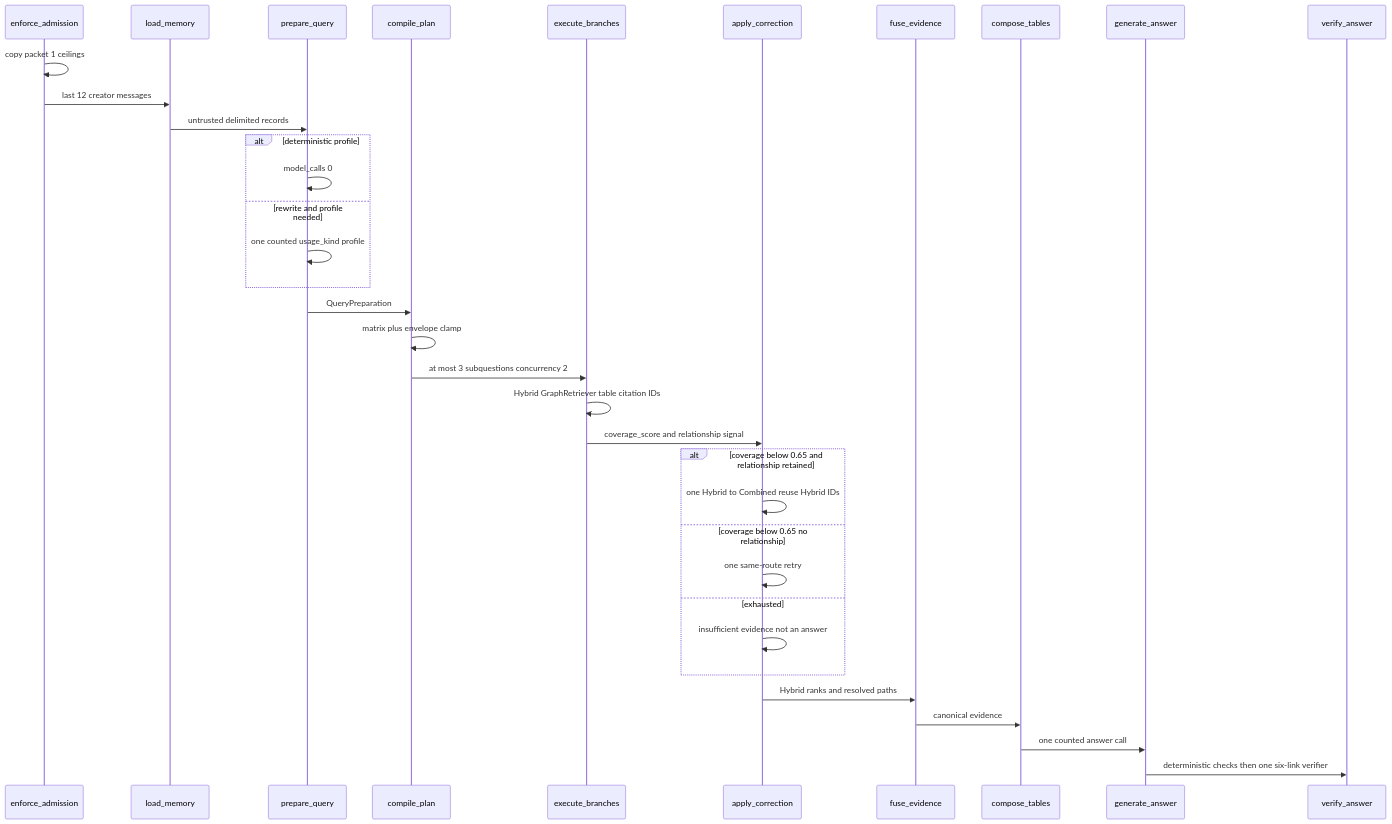
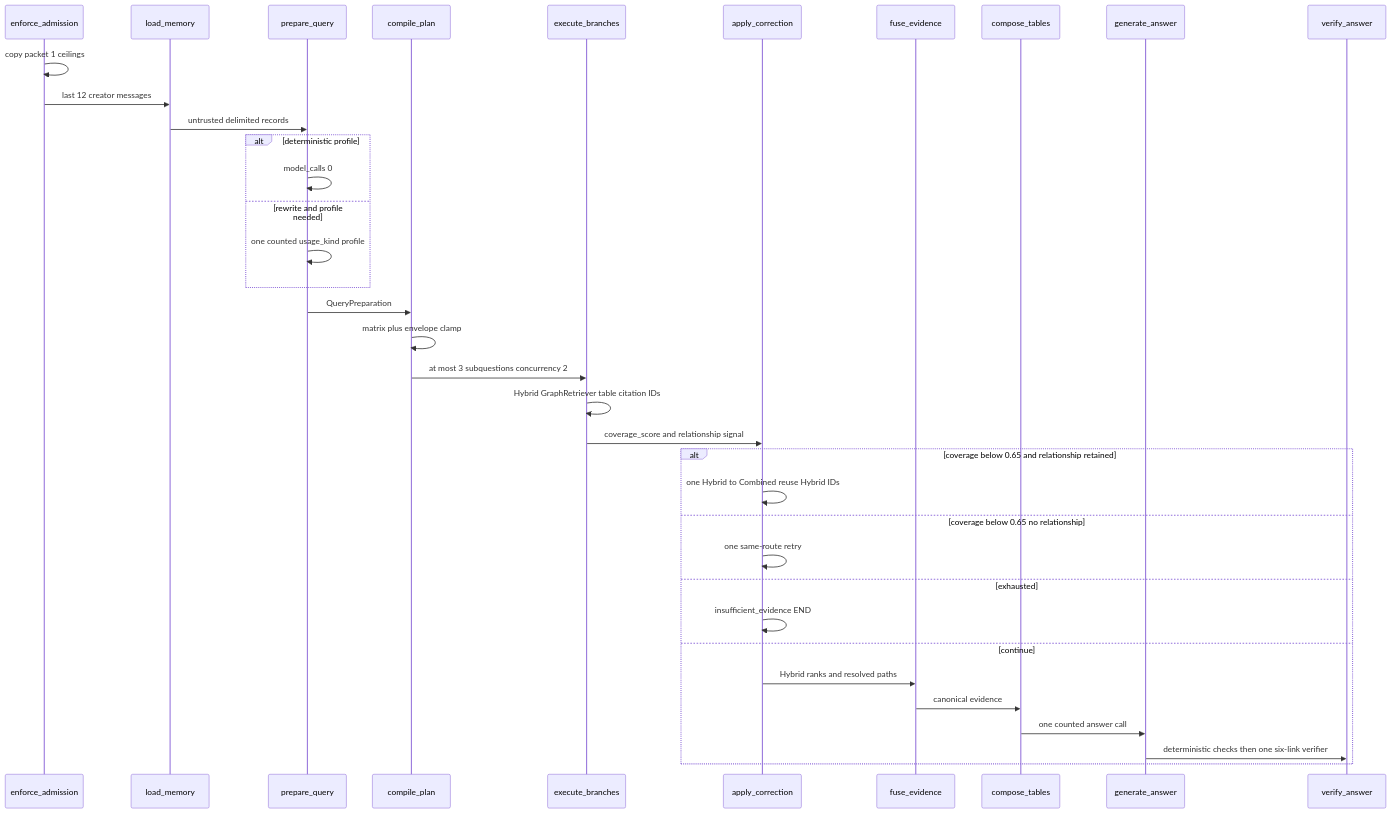
One commit to Nagdy8888/smart-rag changed the second of 2 diagrams in docs/agent/QUERY_ROUTING.md. Above: the diagram before and after it, drawn with Mermaid. The commit also changed other lines of this file and 245 other files, not shown here.

````diff
--- a/docs/agent/QUERY_ROUTING.md
+++ b/docs/agent/QUERY_ROUTING.md
@@ -108,38 +108,39 @@
 ```mermaid
 sequenceDiagram
   participant Admit as enforce_admission
   participant Mem as load_memory
   participant Prep as prepare_query
   participant Plan as compile_plan
   participant Br as execute_branches
   participant Corr as apply_correction
   participant Fuse as fuse_evidence
   participant Tables as compose_tables
   participant Ans as generate_answer
   participant Ver as verify_answer
 
   Admit->>Admit: copy packet 1 ceilings
   Admit->>Mem: last 12 creator messages
   Mem->>Prep: untrusted delimited records
   alt deterministic profile
     Prep->>Prep: model_calls 0
   else rewrite and profile needed
     Prep->>Prep: one counted usage_kind profile
   end
   Prep->>Plan: QueryPreparation
   Plan->>Plan: matrix plus envelope clamp
   Plan->>Br: at most 3 subquestions concurrency 2
   Br->>Br: Hybrid GraphRetriever table citation IDs
   Br->>Corr: coverage_score and relationship signal
   alt coverage below 0.65 and relationship retained
     Corr->>Corr: one Hybrid to Combined reuse Hybrid IDs
   else coverage below 0.65 no relationship
     Corr->>Corr: one same-route retry
   else exhausted
-    Corr->>Corr: insufficient evidence not an answer
+    Corr->>Corr: insufficient_evidence END
+  else continue
+    Corr->>Fuse: Hybrid ranks and resolved paths
+    Fuse->>Tables: canonical evidence
+    Tables->>Ans: one counted answer call
+    Ans->>Ver: deterministic checks then one six-link verifier
   end
-  Corr->>Fuse: Hybrid ranks and resolved paths
-  Fuse->>Tables: canonical evidence
-  Tables->>Ans: one counted answer call
-  Ans->>Ver: deterministic checks then one six-link verifier
 ```
````
